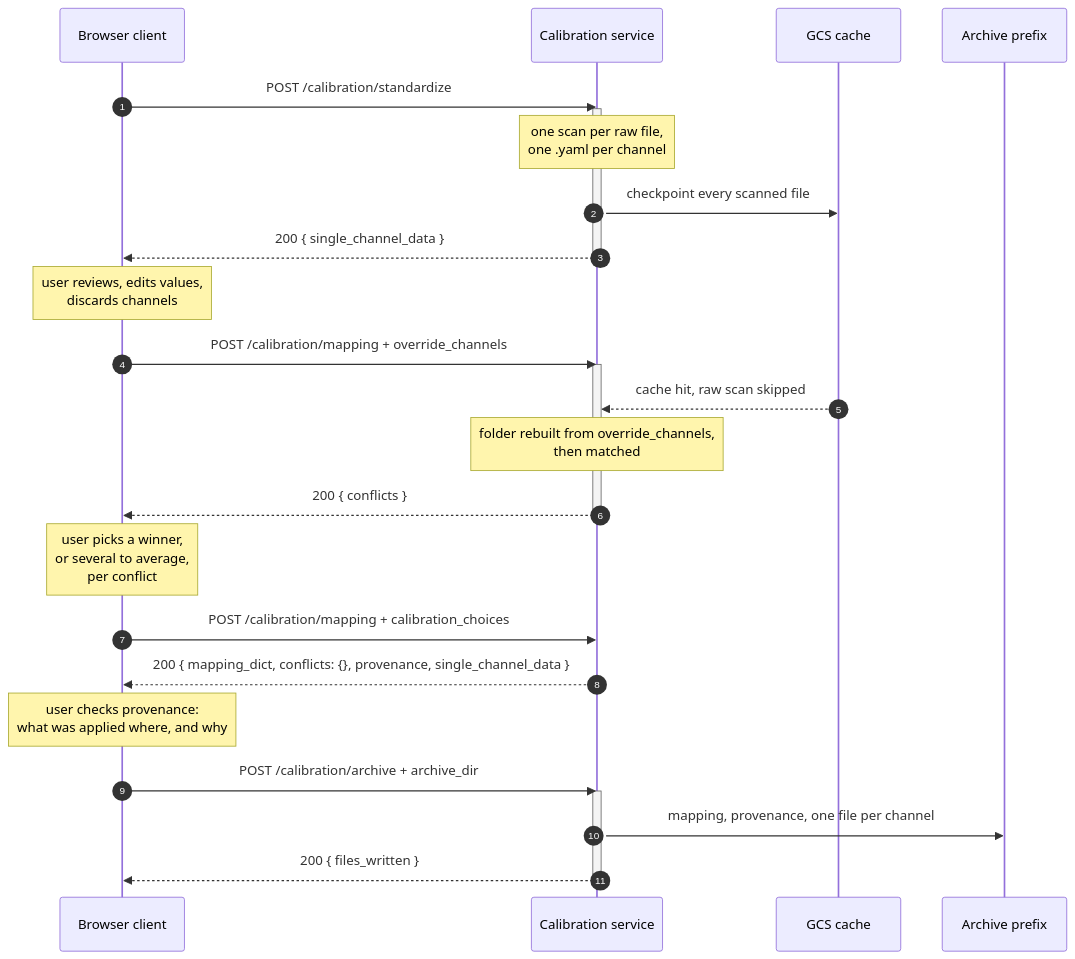
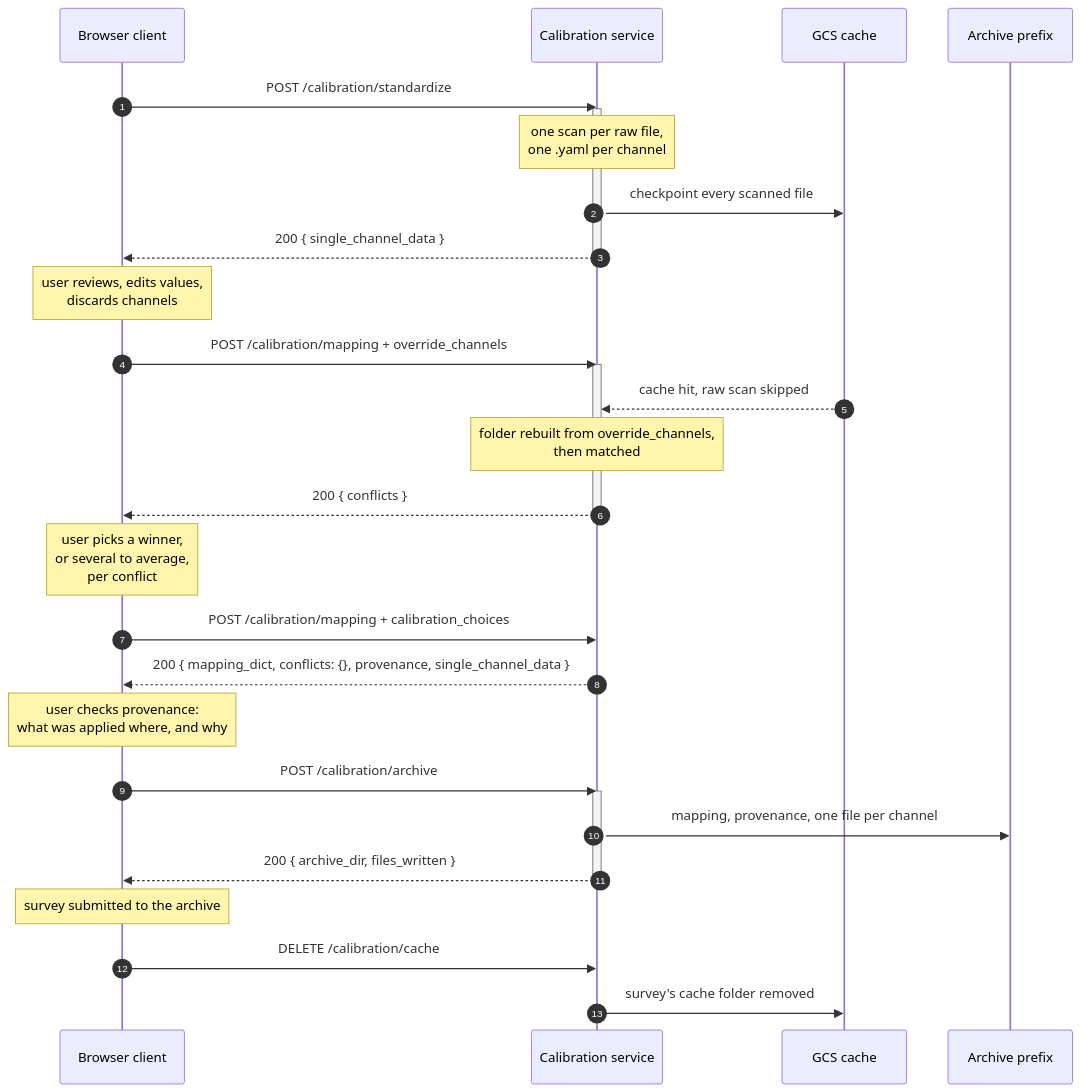
One commit to BLayman-NOAA/AA-SI_calibration changed the diagram in recipes/documentation/calibration_service_api.md. Above: the diagram before and after it, drawn with Mermaid. The commit also changed other lines of this file and 1 other file, not shown here.

````diff
--- a/recipes/documentation/calibration_service_api.md
+++ b/recipes/documentation/calibration_service_api.md
@@ -56,37 +63,42 @@
 ```mermaid
 sequenceDiagram
     autonumber
     participant B as Browser client
     participant S as Calibration service
     participant G as GCS cache
     participant A as Archive prefix
 
     B->>S: POST /calibration/standardize
     activate S
     Note over S: one scan per raw file,<br/>one .yaml per channel
     S->>G: checkpoint every scanned file
     S-->>B: 200 { single_channel_data }
     deactivate S
 
     Note over B: user reviews, edits values,<br/>discards channels
 
     B->>S: POST /calibration/mapping + override_channels
     activate S
     G-->>S: cache hit, raw scan skipped
     Note over S: folder rebuilt from override_channels,<br/>then matched
     S-->>B: 200 { conflicts }
     deactivate S
 
     Note over B: user picks a winner,<br/>or several to average,<br/>per conflict
 
     B->>S: POST /calibration/mapping + calibration_choices
     S-->>B: 200 { mapping_dict, conflicts: {}, provenance, single_channel_data }
 
     Note over B: user checks provenance:<br/>what was applied where, and why
 
-    B->>S: POST /calibration/archive + archive_dir
+    B->>S: POST /calibration/archive
     activate S
     S->>A: mapping, provenance, one file per channel
-    S-->>B: 200 { files_written }
+    S-->>B: 200 { archive_dir, files_written }
     deactivate S
+
+    Note over B: survey submitted to the archive
+
+    B->>S: DELETE /calibration/cache
+    S->>G: survey's cache folder removed
 ```
````
